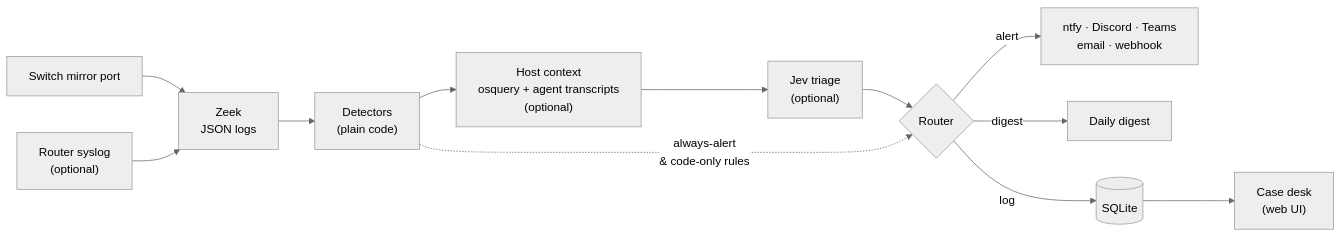
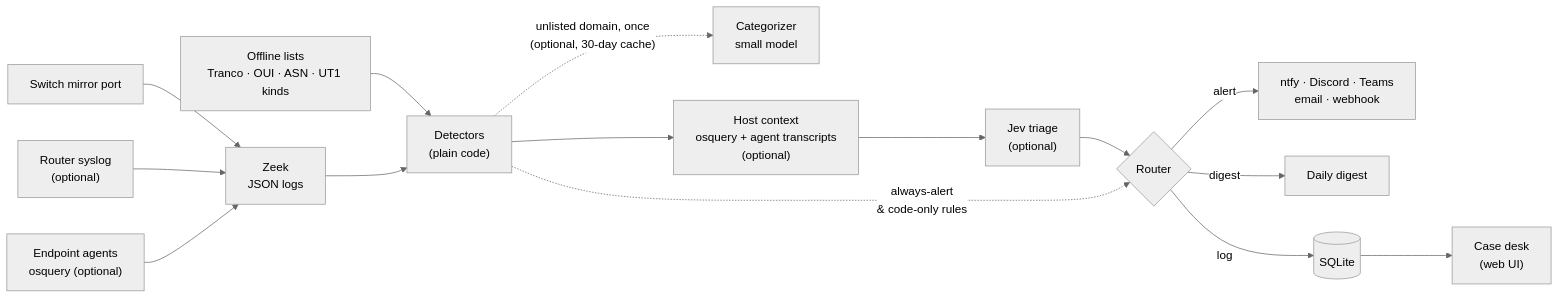
The diagram in data/readmes/barnabys-drew__tapwatch.md (zqf20096327/dbhub_collect), drawn with Mermaid (neutral theme) before and after one commit. The commit also changed other lines of this file and 353 other files, not shown here.

````diff
--- a/data/readmes/barnabys-drew__tapwatch.md
+++ b/data/readmes/barnabys-drew__tapwatch.md
@@ -31,14 +39,17 @@
 ```mermaid
 flowchart LR
     M["Switch mirror port"] --> Z["Zeek<br/>JSON logs"]
     S["Router syslog<br/>(optional)"] --> Z
+    A["Endpoint agents<br/>osquery (optional)"] --> Z
+    L["Offline lists<br/>Tranco · OUI · ASN · UT1 kinds"] --> D
     Z --> D["Detectors<br/>(plain code)"]
+    D -. "unlisted domain, once<br/>(optional, 30-day cache)" .-> C["Categorizer<br/>small model"]
     D --> H["Host context<br/>osquery + agent transcripts<br/>(optional)"]
     H --> J["Jev triage<br/>(optional)"]
     J --> R{"Router"}
     D -. "always-alert<br/>& code-only rules" .-> R
     R -->|alert| N["ntfy · Discord · Teams<br/>email · webhook"]
     R -->|digest| G["Daily digest"]
     R -->|log| DB[("SQLite")]
     DB --> UI["Case desk<br/>(web UI)"]
 ```
````
